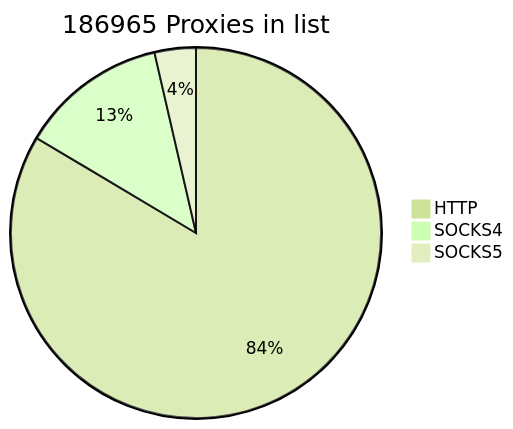
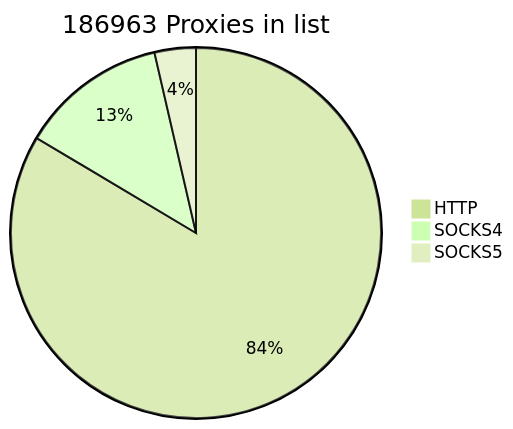
Before and after one commit to cutipu/proxylist: the first of 2 diagrams in README.md, drawn with Mermaid (forest theme). The commit also changed other lines of this file, not shown here.

````diff
--- a/README.md
+++ b/README.md
@@ -2,7 +2,7 @@
 ```mermaid
-pie title 186965 Proxies in list
+pie title 186963 Proxies in list
     "HTTP" : 156215
-    "SOCKS4" : 24010
+    "SOCKS4" : 24008
     "SOCKS5" : 6740
             
 ```
````
